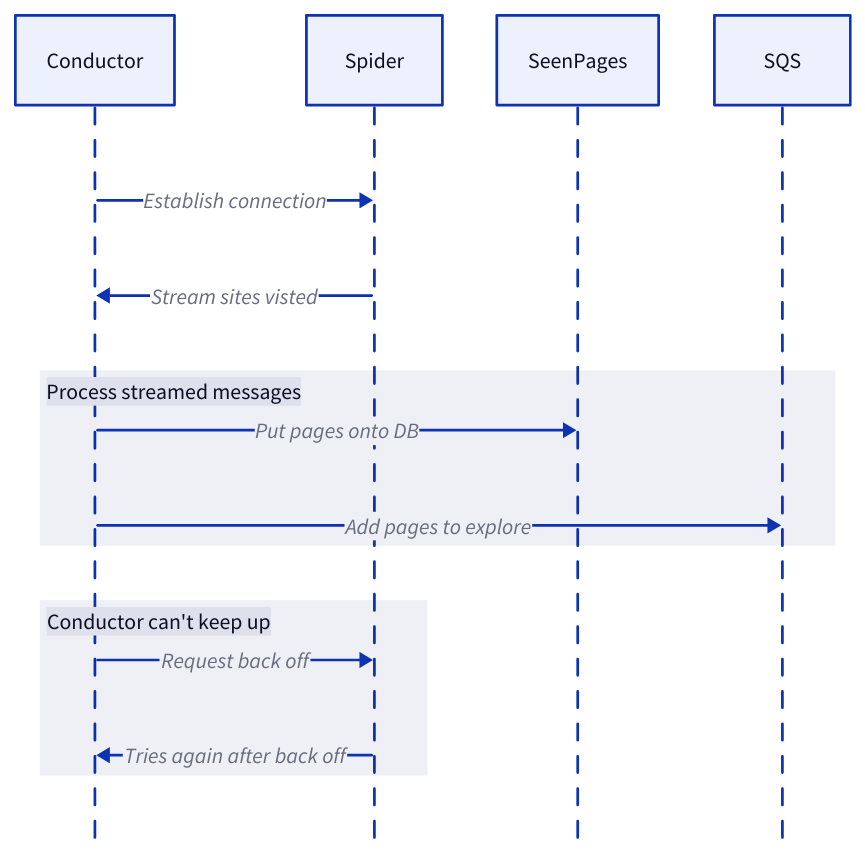
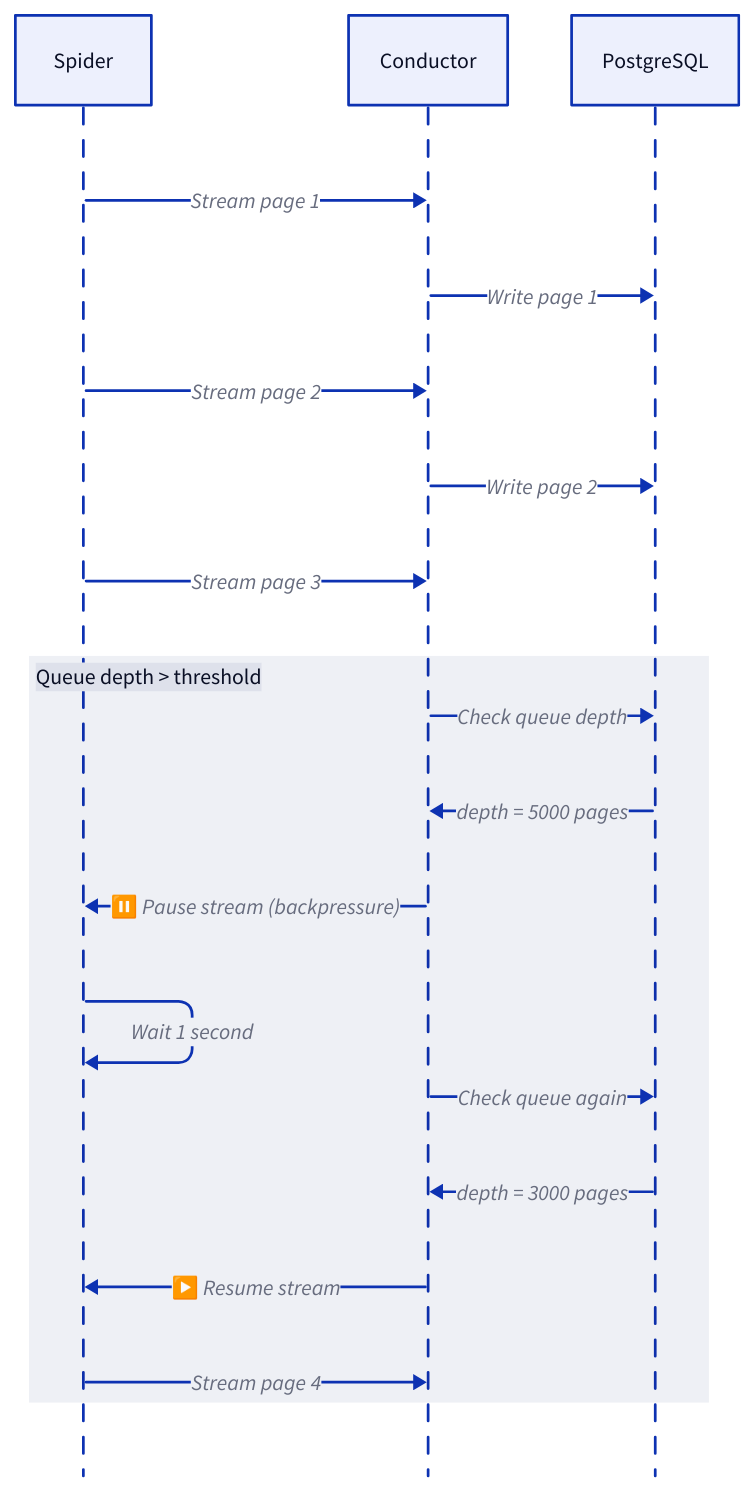
One commit to Acollie/Search-engine changed the diagram in assets/diagrams/back-off.d2. Above: the diagram before and after it, drawn with D2. The commit also changed 17 other files, not shown here.

First line of the commit message:
chore: portfolio cleanup and diagram modernization (#22)

```diff
--- a/assets/diagrams/back-off.d2
+++ b/assets/diagrams/back-off.d2
@@ -1,15 +1,19 @@
 shape: sequence_diagram
-Conductor -> Spider: "Establish connection"
-Spider -> Conductor: "Stream sites visted"
-SeenPages
-SQS
-processMessages: {
-  label: "Process streamed messages"
-  Conductor -> SeenPages: "Put pages onto DB"
-  Conductor -> SQS: "Add pages to explore"
+
+Spider -> Conductor: "Stream page 1"
+Conductor -> PostgreSQL: "Write page 1"
+Spider -> Conductor: "Stream page 2"
+Conductor -> PostgreSQL: "Write page 2"
+Spider -> Conductor: "Stream page 3"
+
+backpressure: {
+  label: "Queue depth > threshold"
+  Conductor -> PostgreSQL: "Check queue depth"
+  PostgreSQL -> Conductor: "depth = 5000 pages"
+  Conductor -> Spider: "⏸️ Pause stream (backpressure)"
+  Spider -> Spider: "Wait 1 second"
+  Conductor -> PostgreSQL: "Check queue again"
+  PostgreSQL -> Conductor: "depth = 3000 pages"
+  Conductor -> Spider: "▶️ Resume stream"
+  Spider -> Conductor: "Stream page 4"
 }
-cantKeepUp: {
-  label: "Conductor can't keep up"
-  Conductor -> Spider: "Request back off"
-  Spider -> Conductor: "Tries again after back off"
-}
```
